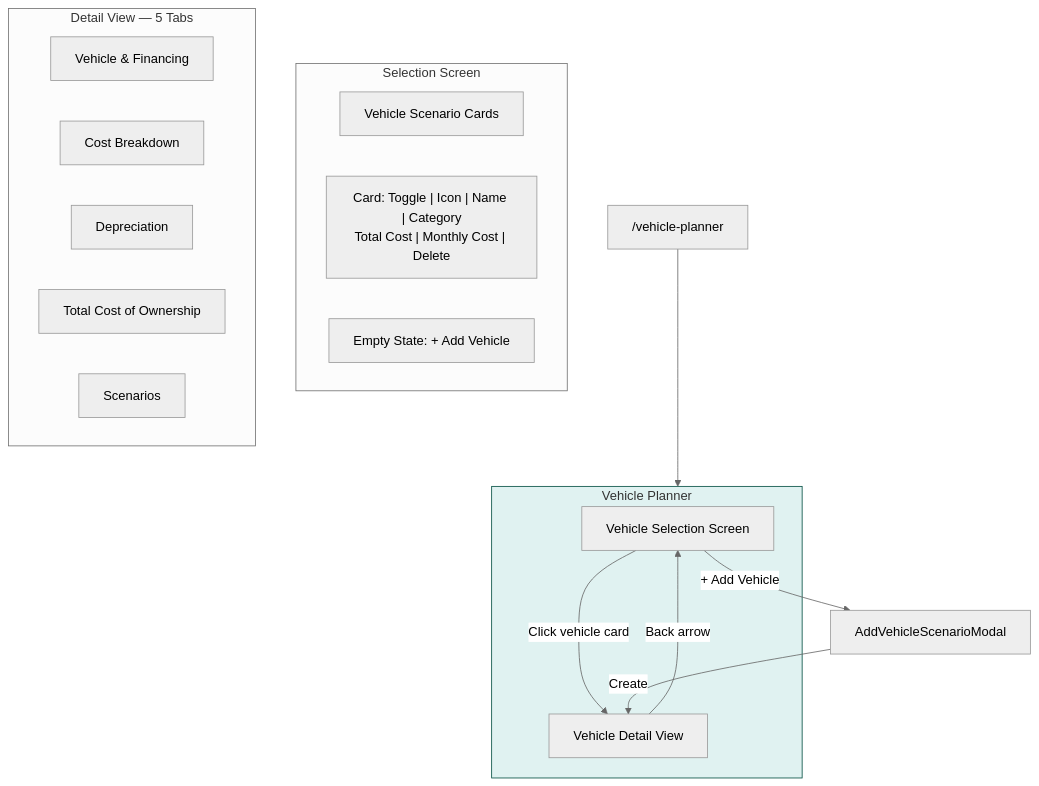
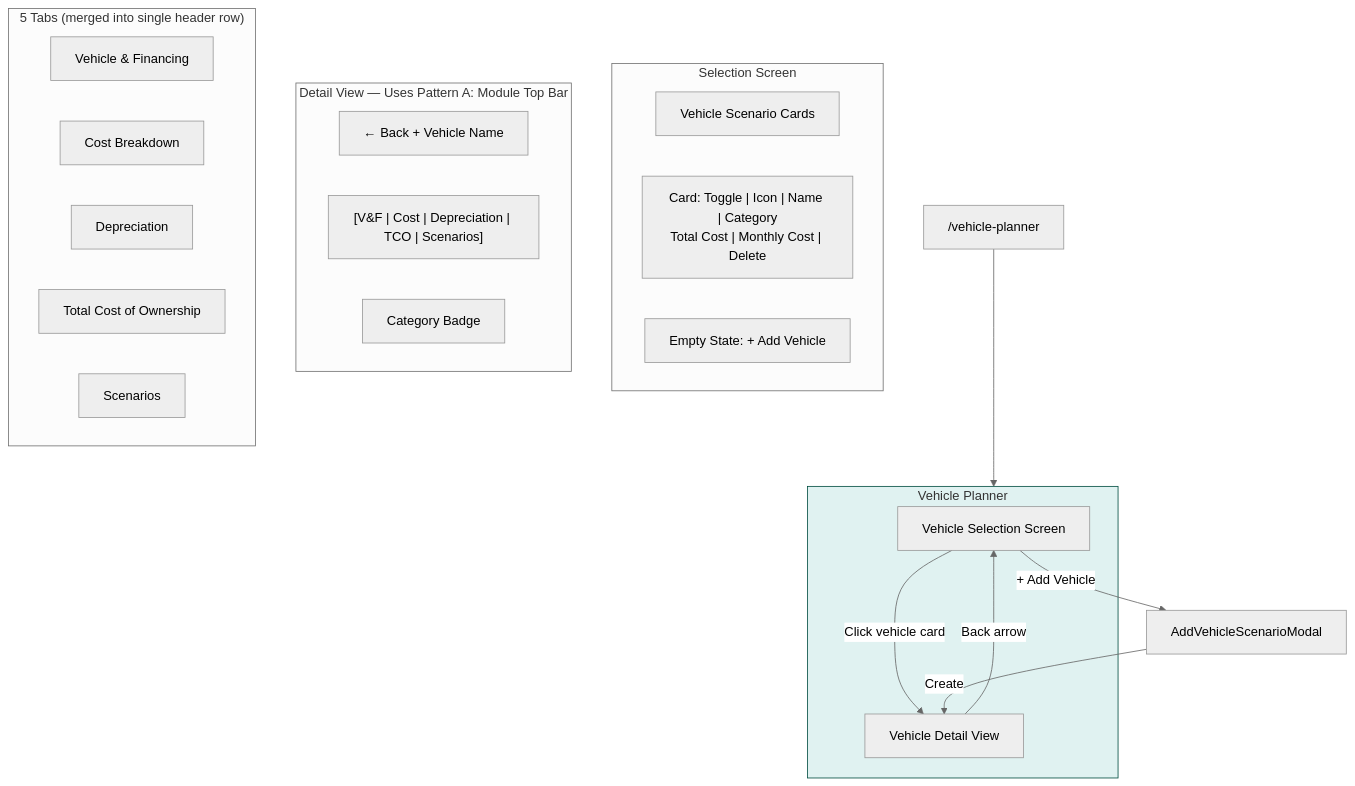
Diagram 31 of 43 in spec/assetra-user-journey-interaction-map.md (jcleow/wealthproject), drawn with Mermaid (neutral theme) before and after one commit. The commit also changed other lines of this file and 2 other files, not shown here.

````diff
--- a/spec/assetra-user-journey-interaction-map.md
+++ b/spec/assetra-user-journey-interaction-map.md
@@ -980,30 +1182,36 @@
 ```mermaid
 flowchart TB
     ENTRY["/vehicle-planner"] --> VEH_VIEW
 
     subgraph VEH_VIEW["Vehicle Planner"]
         SEL_SCREEN["Vehicle Selection Screen"]
         DETAIL["Vehicle Detail View"]
     end
 
     SEL_SCREEN -->|"Click vehicle card"| DETAIL
     SEL_SCREEN -->|"+ Add Vehicle"| ADD_MODAL["AddVehicleScenarioModal"]
     ADD_MODAL -->|"Create"| DETAIL
     DETAIL -->|"Back arrow"| SEL_SCREEN
 
     subgraph SEL_SCREEN_CONTENT["Selection Screen"]
         VEH_LIST["Vehicle Scenario Cards"]
         VEH_CARD["Card: Toggle | Icon | Name | Category\nTotal Cost | Monthly Cost | Delete"]
         EMPTY["Empty State: + Add Vehicle"]
     end
 
-    subgraph DETAIL_CONTENT["Detail View — 5 Tabs"]
+    subgraph DETAIL_HEADER["Detail View — Uses Pattern A: Module Top Bar"]
+        VH_BACK["← Back + Vehicle Name"]
+        VH_TABS["[V&F | Cost | Depreciation | TCO | Scenarios]"]
+        VH_BADGE["Category Badge"]
+    end
+
+    subgraph DETAIL_CONTENT["5 Tabs (merged into single header row)"]
         DT1["Vehicle & Financing"]
         DT2["Cost Breakdown"]
         DT3["Depreciation"]
         DT4["Total Cost of Ownership"]
         DT5["Scenarios"]
     end
 
     style VEH_VIEW fill:#e0f2f1,stroke:#004d40
 ```
````
